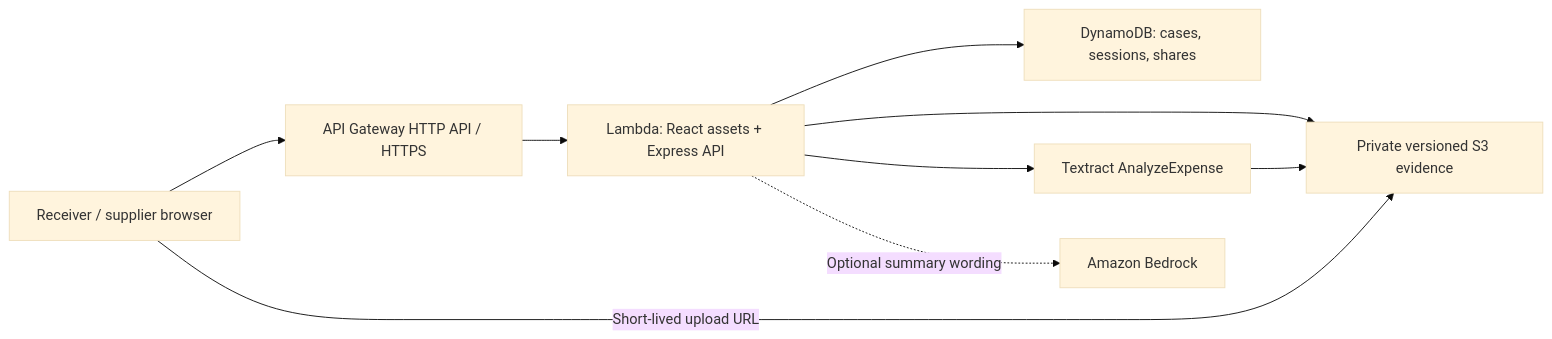
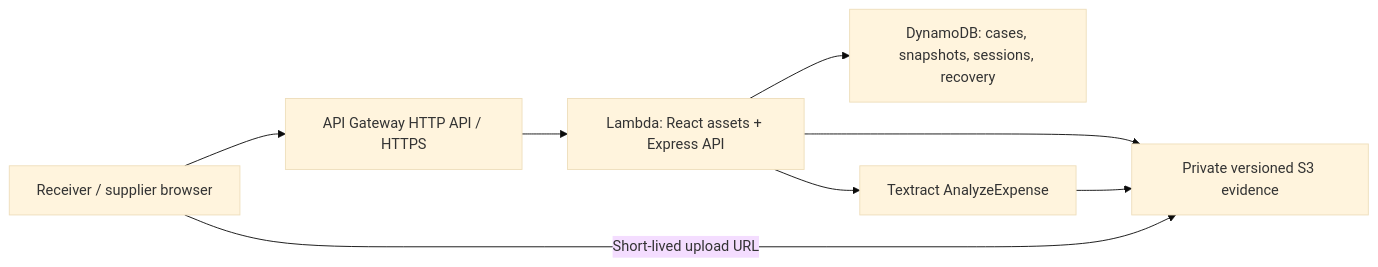
Before and after one commit to Induj1/receiverright: the diagram in README.md, drawn with Mermaid (base theme). The commit also changed other lines of this file and 6 other files, not shown here.

````diff
--- a/README.md
+++ b/README.md
@@ -90,11 +57,10 @@
 ```mermaid
 flowchart LR
   B[Receiver / supplier browser] --> API[API Gateway HTTP API / HTTPS]
   API --> L[Lambda: React assets + Express API]
-  L --> DB[DynamoDB: cases, sessions, shares]
+  L --> DB[DynamoDB: cases, snapshots, sessions, recovery]
   L --> S3[Private versioned S3 evidence]
   B -->|Short-lived upload URL| S3
   L --> TX[Textract AnalyzeExpense]
   TX --> S3
-  L -. Optional summary wording .-> BR[Amazon Bedrock]
 ```
````
